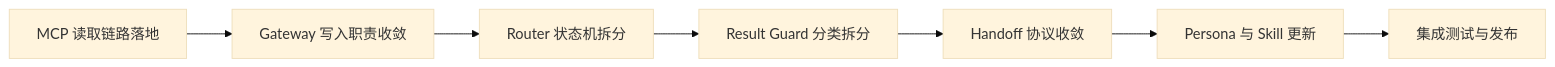
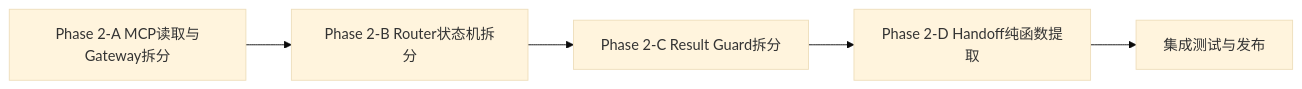
Before and after one commit to Ri0n72Y/ContractBotConfig: the first of 3 diagrams in docs/review/refactor-target.md, drawn with Mermaid (base theme). The commit also changed other lines of this file and 43 other files, not shown here.

Commit message:
phase2: move OpenContracts reads to MCP and split upload gateway

````diff
--- a/docs/review/refactor-target.md
+++ b/docs/review/refactor-target.md
@@ -7,12 +5,10 @@
 ```mermaid
 flowchart LR
-    A[MCP 读取链路落地]
-    B[Gateway 写入职责收敛]
-    C[Router 状态机拆分]
-    D[Result Guard 分类拆分]
-    E[Handoff 协议收敛]
-    F[Persona 与 Skill 更新]
-    G[集成测试与发布]
+    A[Phase 2-A MCP读取与Gateway拆分]
+    B[Phase 2-B Router状态机拆分]
+    C[Phase 2-C Result Guard拆分]
+    D[Phase 2-D Handoff纯函数提取]
+    E[集成测试与发布]
 
-    A --> B --> C --> D --> E --> F --> G
+    A --> B --> C --> D --> E
 ```
````
